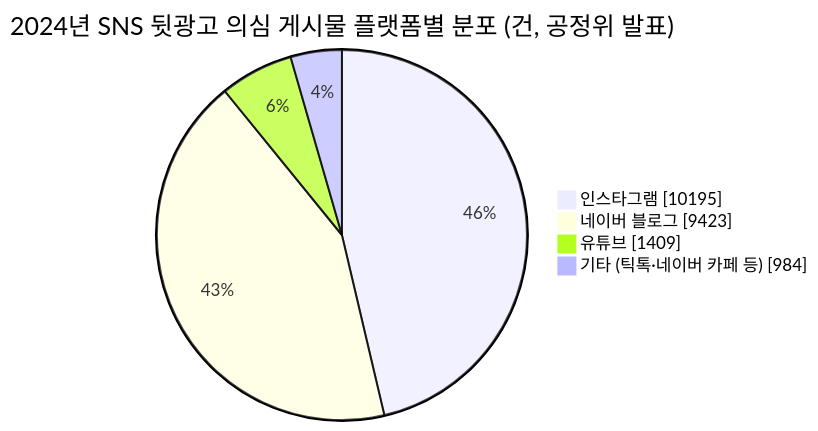
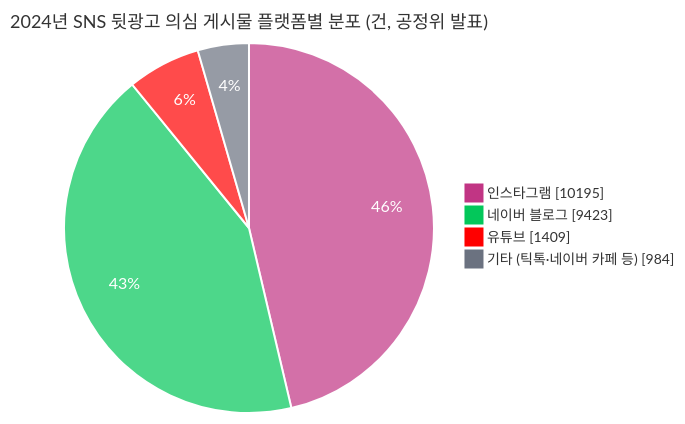
One commit to codewhite7777/codyssey_E2-1 changed the diagram in docs/proposal/01_problem_definition.md. Above: the diagram before and after it, drawn with Mermaid.

Commit message:
docs(proposal): improve pie chart readability with platform brand colors
GitHub 다크 테마에서 Mermaid 기본 팔레트가 배경과 구분되지 않아
가독성이 떨어지던 문제를 해결한다. 각 플랫폼을 브랜드 색상에
매핑하여 직관성과 대비를 동시에 확보한다.

- pie1 인스타그램: #C13584 (Instagram magenta)
- pie2 네이버 블로그: #03C75A (Naver green)
- pie3 유튜브: #FF0000 (YouTube red)
- pie4 기타: #6B7280 (slate-500, 비브랜드 중립색)

부가 조정:
- 제목·섹션·범례 글자 크기 상향 (18/16/14px)
- 조각 경계에 2px 흰색 stroke로 구분감 부여
- 다크/라이트 테마 양쪽에서 흰 섹션 텍스트가 읽히도록 고정

````diff
--- a/docs/proposal/01_problem_definition.md
+++ b/docs/proposal/01_problem_definition.md
@@ -103,7 +103,23 @@
 ```mermaid
+%%{init: {
+  "theme": "base",
+  "themeVariables": {
+    "pie1": "#C13584",
+    "pie2": "#03C75A",
+    "pie3": "#FF0000",
+    "pie4": "#6B7280",
+    "pieTitleTextSize": "18px",
+    "pieSectionTextSize": "16px",
+    "pieLegendTextSize": "14px",
+    "pieOuterStrokeColor": "#ffffff",
+    "pieOuterStrokeWidth": "2px",
+    "pieSectionTextColor": "#ffffff",
+    "pieStrokeColor": "#ffffff"
+  }
+}}%%
 pie showData title 2024년 SNS 뒷광고 의심 게시물 플랫폼별 분포 (건, 공정위 발표)
     "인스타그램" : 10195
     "네이버 블로그" : 9423
     "유튜브" : 1409
     "기타 (틱톡·네이버 카페 등)" : 984
 ```
````
